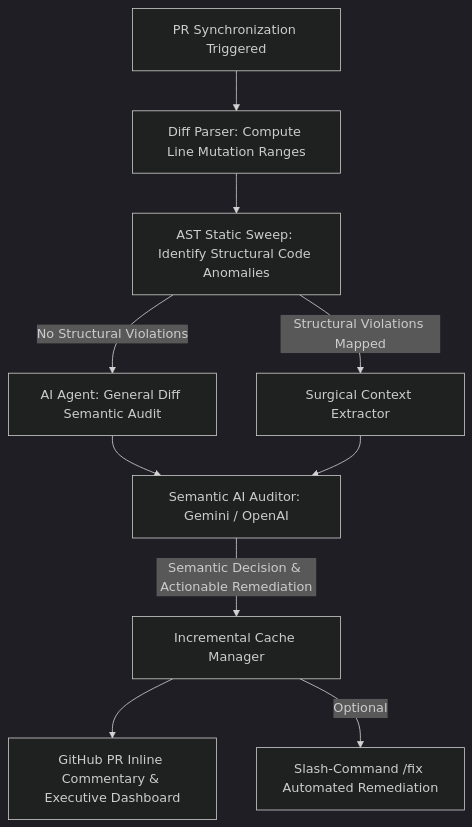
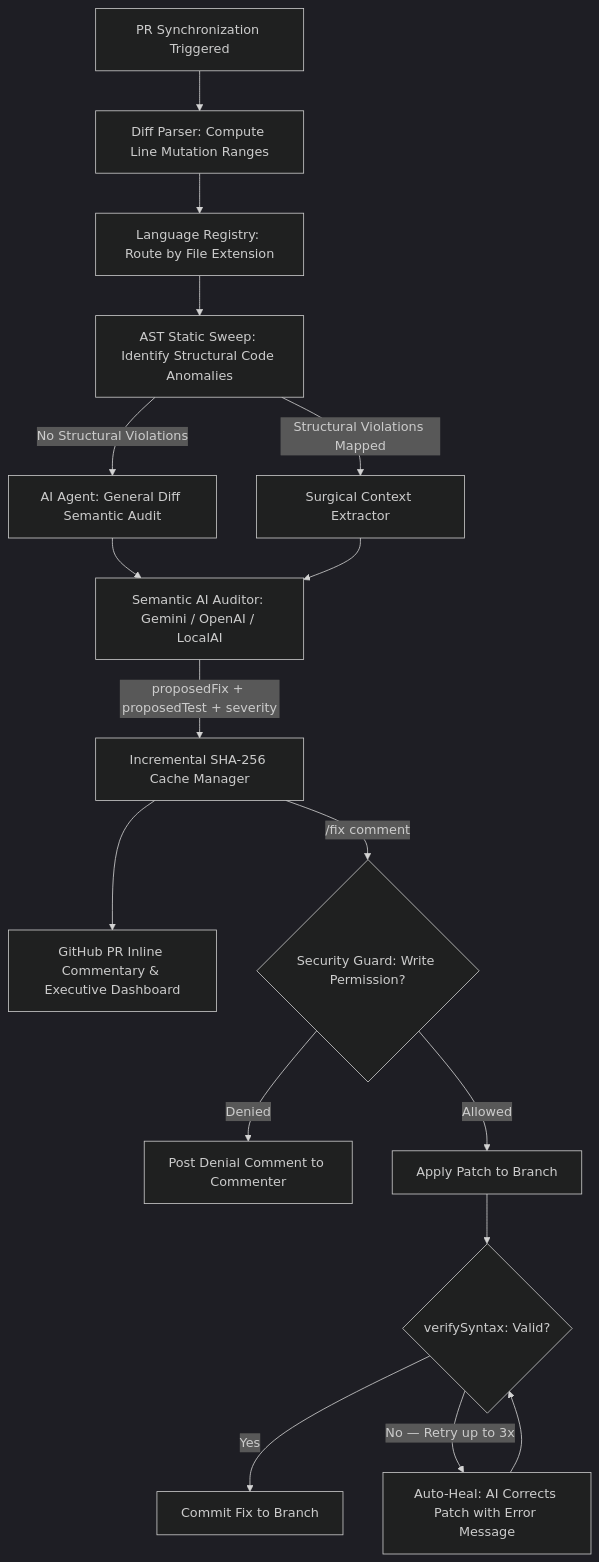
One commit to cgseyhan/pr-state-bug-hunter changed the diagram in README.md. Above: the diagram before and after it, drawn with Mermaid (dark theme). The commit also changed other lines of this file and 16 other files, not shown here.

First line of the commit message:
feat(v2): security guard, auto-heal, proposedTest, language registry, Vitest suite

````diff
--- a/README.md
+++ b/README.md
@@ -18,12 +32,19 @@
 ```mermaid
 graph TD
     A[PR Synchronization Triggered] --> B[Diff Parser: Compute Line Mutation Ranges]
-    B --> C[AST Static Sweep: Identify Structural Code Anomalies]
-    C -->|No Structural Violations| D[AI Agent: General Diff Semantic Audit]
-    C -->|Structural Violations Mapped| E[Surgical Context Extractor]
-    D --> F[Semantic AI Auditor: Gemini / OpenAI]
-    E --> F
-    F -->|Semantic Decision & Actionable Remediation| G[Incremental Cache Manager]
-    G --> H[GitHub PR Inline Commentary & Executive Dashboard]
-    G -->|Optional| I[Slash-Command /fix Automated Remediation]
+    B --> C[Language Registry: Route by File Extension]
+    C --> D[AST Static Sweep: Identify Structural Code Anomalies]
+    D -->|No Structural Violations| E[AI Agent: General Diff Semantic Audit]
+    D -->|Structural Violations Mapped| F[Surgical Context Extractor]
+    E --> G[Semantic AI Auditor: Gemini / OpenAI / LocalAI]
+    F --> G
+    G -->|proposedFix + proposedTest + severity| H[Incremental SHA-256 Cache Manager]
+    H --> I[GitHub PR Inline Commentary & Executive Dashboard]
+    H -->|/fix comment| J{Security Guard: Write Permission?}
+    J -->|Denied| K[Post Denial Comment to Commenter]
+    J -->|Allowed| L[Apply Patch to Branch]
+    L --> M{verifySyntax: Valid?}
+    M -->|Yes| N[Commit Fix to Branch]
+    M -->|No — Retry up to 3x| O[Auto-Heal: AI Corrects Patch with Error Message]
+    O --> M
 ```
````
